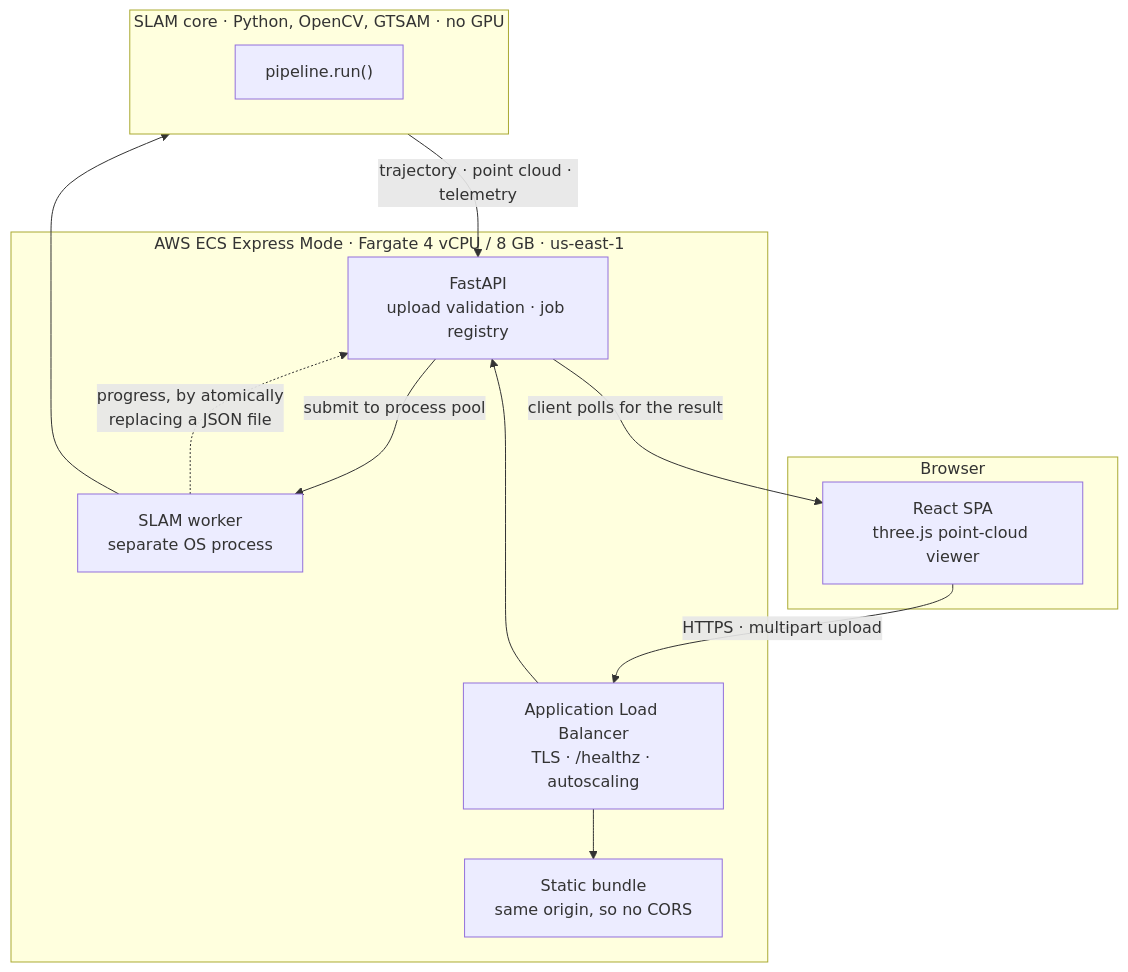
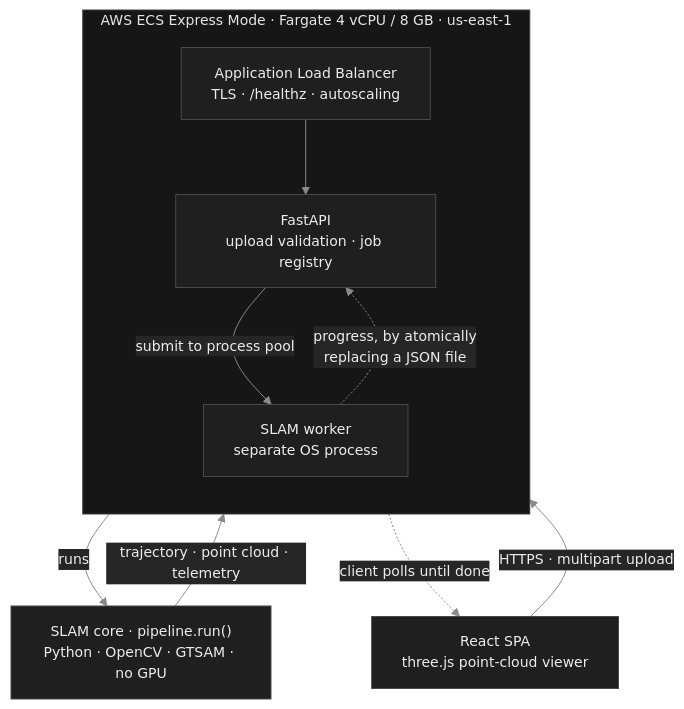
Before and after one commit to muditagrawal-alt/Monocular_RGB_Sparse_Point_Cloud_SLAM: the second of 2 diagrams in README.md, drawn with Mermaid. The commit also changed other lines of this file, not shown here.

Commit message:
docs: fix the deployment diagram layout and theme both to the repo palette
The deployment diagram laid out backwards, with the SLAM core above the browser,
because the return edges fought the top-down flow. The request path is now a
plain chain and the responses are dotted edges, so it reads downward.

Both diagrams use the achromatic palette the application itself uses, rather
than Mermaid's default purple and yellow.

````diff
--- a/README.md
+++ b/README.md
@@ -337,29 +341,25 @@
 ```mermaid
+%%{init: {'theme':'base','themeVariables':{
+'primaryColor':'#1f1f1f','primaryTextColor':'#ededed','primaryBorderColor':'#4a4a4a',
+'lineColor':'#8a8a8a','secondaryColor':'#262626','tertiaryColor':'#191919',
+'clusterBkg':'#161616','clusterBorder':'#3a3a3a','fontSize':'14px'}}}%%
 flowchart TD
-    subgraph browser["Browser"]
-        spa["React SPA<br/>three.js point-cloud viewer"]
-    end
+    spa["React SPA<br/>three.js point-cloud viewer"]
 
     spa -->|"HTTPS · multipart upload"| alb
 
     subgraph aws["AWS ECS Express Mode · Fargate 4 vCPU / 8 GB · us-east-1"]
+        direction TB
         alb["Application Load Balancer<br/>TLS · /healthz · autoscaling"]
-        static["Static bundle<br/>same origin, so no CORS"]
         api["FastAPI<br/>upload validation · job registry"]
         worker["SLAM worker<br/>separate OS process"]
 
-        alb --> static
         alb --> api
         api -->|"submit to process pool"| worker
-        worker -.->|"progress, by atomically<br/>replacing a JSON file"| api
     end
 
-    worker --> core
-
-    subgraph core["SLAM core · Python, OpenCV, GTSAM · no GPU"]
-        pipe["pipeline.run()"]
-    end
-
+    worker -->|"runs"| core["SLAM core · pipeline.run()<br/>Python · OpenCV · GTSAM · no GPU"]
     core -->|"trajectory · point cloud · telemetry"| api
-    api -->|"client polls for the result"| spa
+    worker -.->|"progress, by atomically<br/>replacing a JSON file"| api
+    api -.->|"client polls until done"| spa
 ```
````
